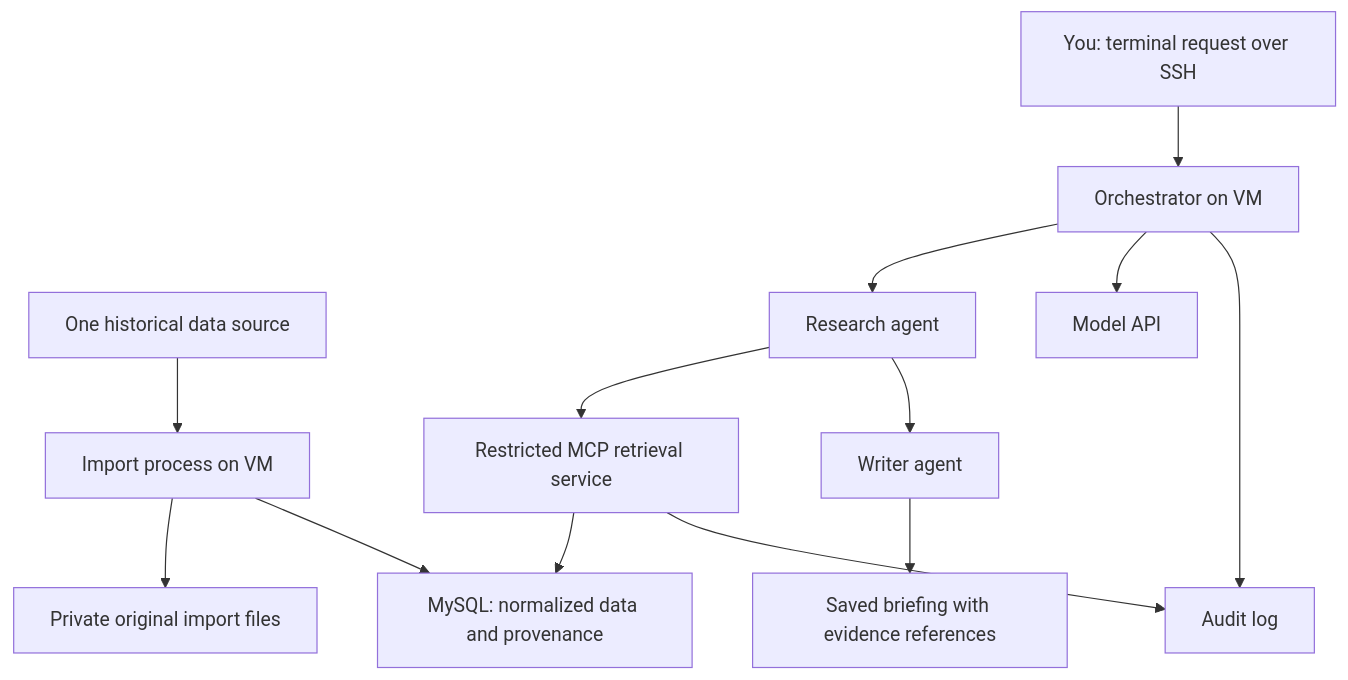
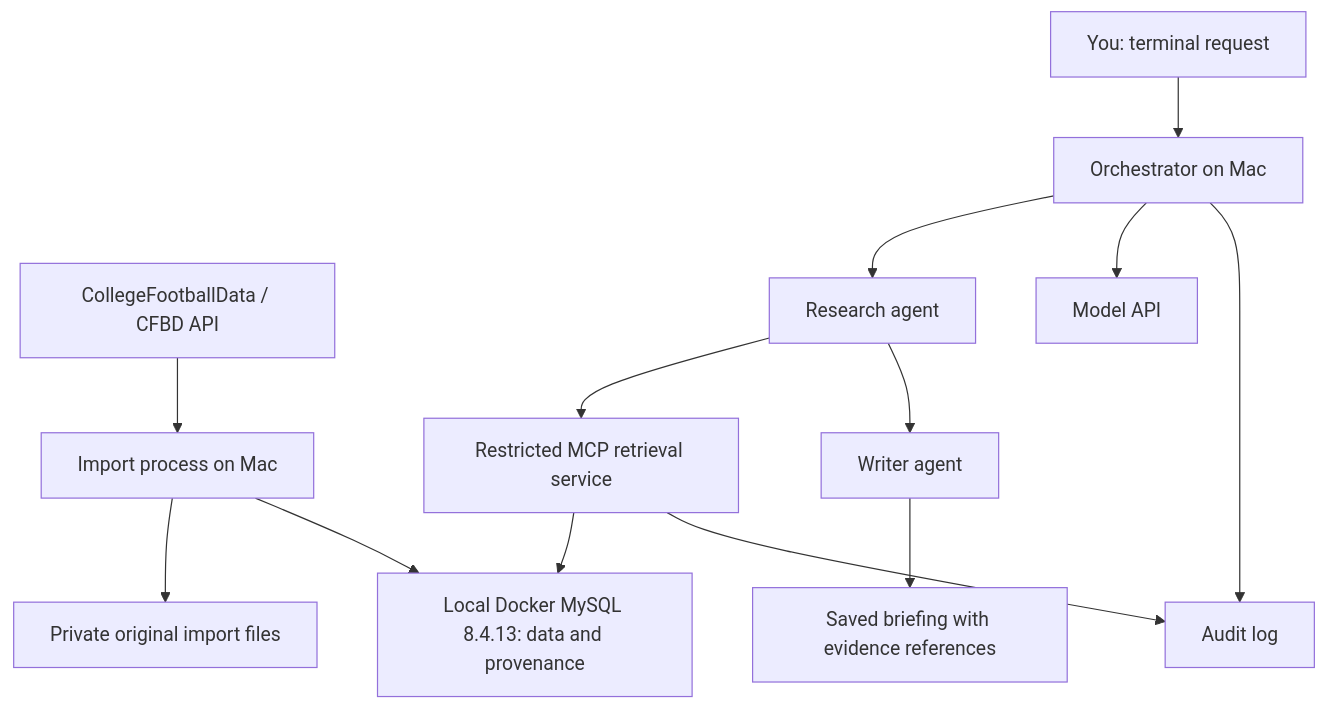
One commit to ryancesutton/stillwater-longhorns changed the diagram in docs/project-outline.md. Above: the diagram before and after it, drawn with Mermaid. The commit also changed other lines of this file and 11 other files, not shown here.

Commit message:
Set up local MySQL and prepare transactional importer

````diff
--- a/docs/project-outline.md
+++ b/docs/project-outline.md
@@ -22,15 +22,15 @@
 ```mermaid
 flowchart TD
-    D[One historical data source] --> IM[Import process on VM]
+    D[CollegeFootballData / CFBD API] --> IM[Import process on Mac]
     IM --> RAW[Private original import files]
-    IM --> DB[MySQL: normalized data and provenance]
-    U[You: terminal request over SSH] --> O[Orchestrator on VM]
+    IM --> DB[Local Docker MySQL 8.4.13: data and provenance]
+    U[You: terminal request] --> O[Orchestrator on Mac]
     O --> R[Research agent]
     R --> M[Restricted MCP retrieval service]
     M --> DB
     R --> W[Writer agent]
     W --> B[Saved briefing with evidence references]
     O --> API[Model API]
     O --> L[Audit log]
     M --> L
 ```
````
